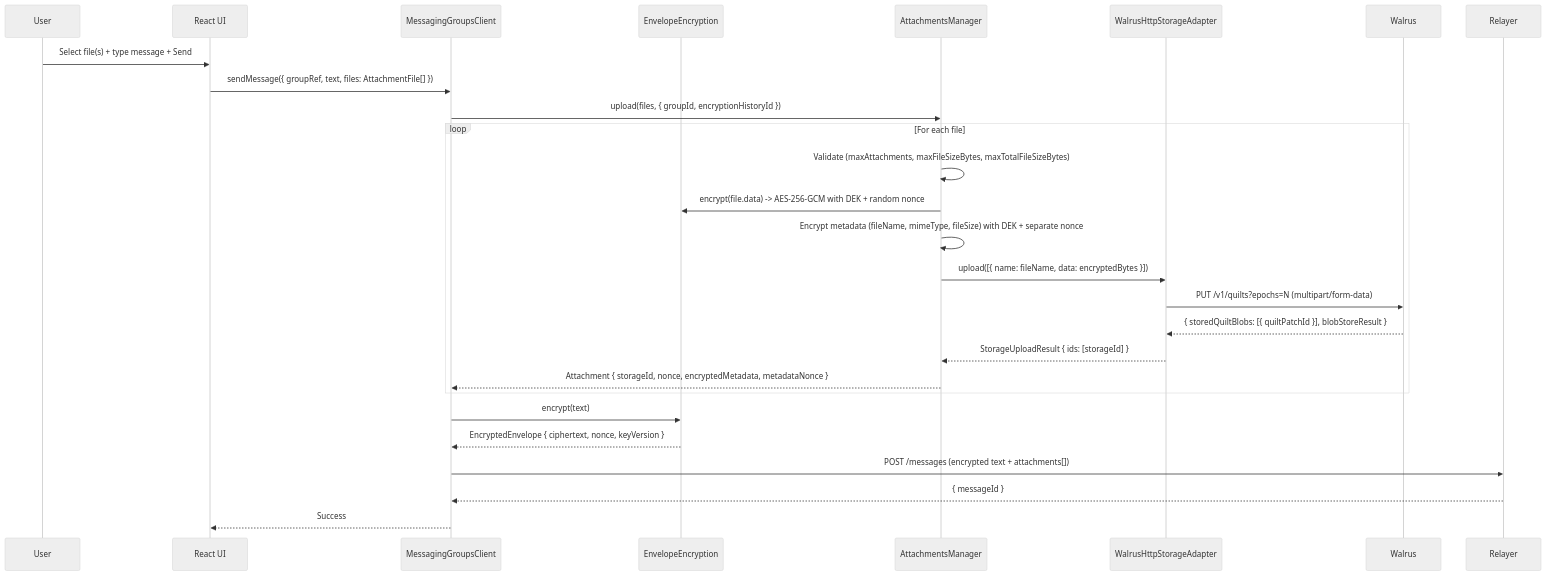
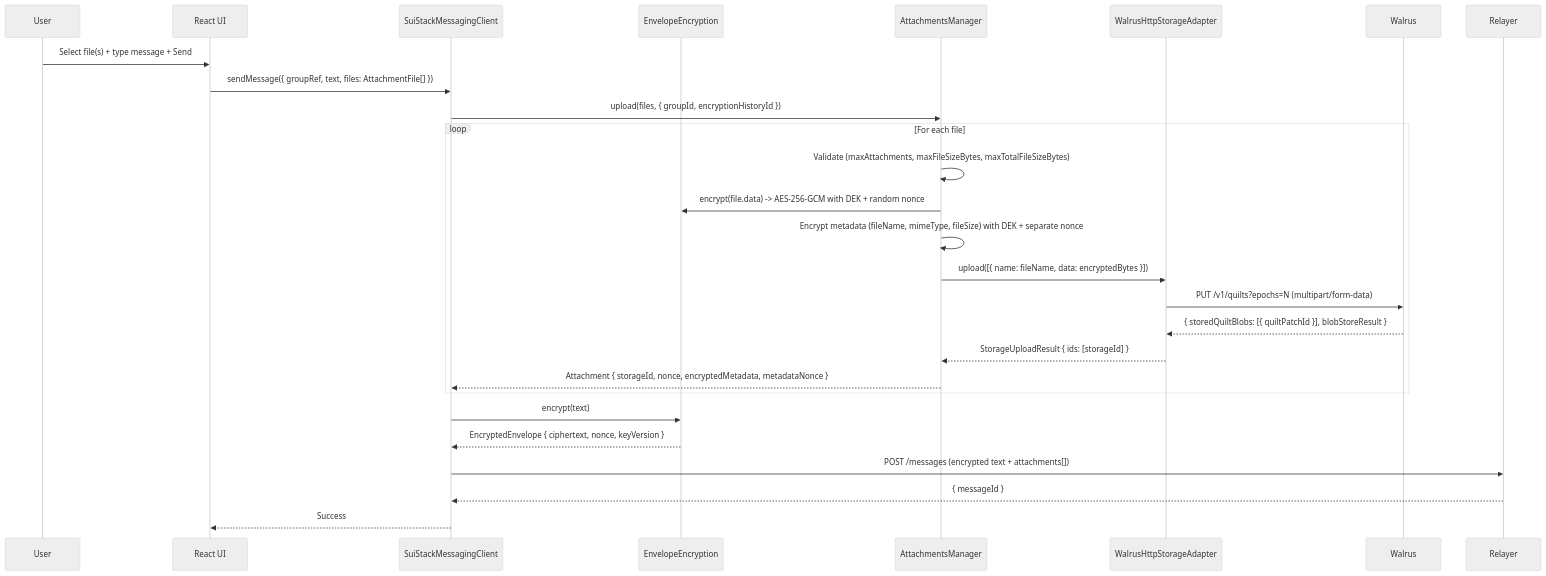
Before and after one commit to MystenLabs/sui-stack-messaging: the eighth of 18 diagrams in chat-app/docs/SYSTEM_DESIGN.md, drawn with Mermaid (neutral theme). The commit also changed other lines of this file and 5 other files, not shown here.

````diff
--- a/chat-app/docs/SYSTEM_DESIGN.md
+++ b/chat-app/docs/SYSTEM_DESIGN.md
@@ -301,32 +301,32 @@
 ```mermaid
 sequenceDiagram
     participant User
     participant UI as React UI
-    participant MGC as MessagingGroupsClient
+    participant MGC as SuiStackMessagingClient
     participant EE as EnvelopeEncryption
     participant AM as AttachmentsManager
     participant WSA as WalrusHttpStorageAdapter
     participant WAL as Walrus
     participant REL as Relayer
 
     User->>UI: Select file(s) + type message + Send
     UI->>MGC: sendMessage({ groupRef, text, files: AttachmentFile[] })
 
     MGC->>AM: upload(files, { groupId, encryptionHistoryId })
     loop For each file
         AM->>AM: Validate (maxAttachments, maxFileSizeBytes, maxTotalFileSizeBytes)
         AM->>EE: encrypt(file.data) -> AES-256-GCM with DEK + random nonce
         AM->>AM: Encrypt metadata (fileName, mimeType, fileSize) with DEK + separate nonce
         AM->>WSA: upload([{ name: fileName, data: encryptedBytes }])
         WSA->>WAL: PUT /v1/quilts?epochs=N (multipart/form-data)
         WAL-->>WSA: { storedQuiltBlobs: [{ quiltPatchId }], blobStoreResult }
         WSA-->>AM: StorageUploadResult { ids: [storageId] }
         AM-->>MGC: Attachment { storageId, nonce, encryptedMetadata, metadataNonce }
     end
 
     MGC->>EE: encrypt(text)
     EE-->>MGC: EncryptedEnvelope { ciphertext, nonce, keyVersion }
     MGC->>REL: POST /messages (encrypted text + attachments[])
     REL-->>MGC: { messageId }
     MGC-->>UI: Success
 ```
````
